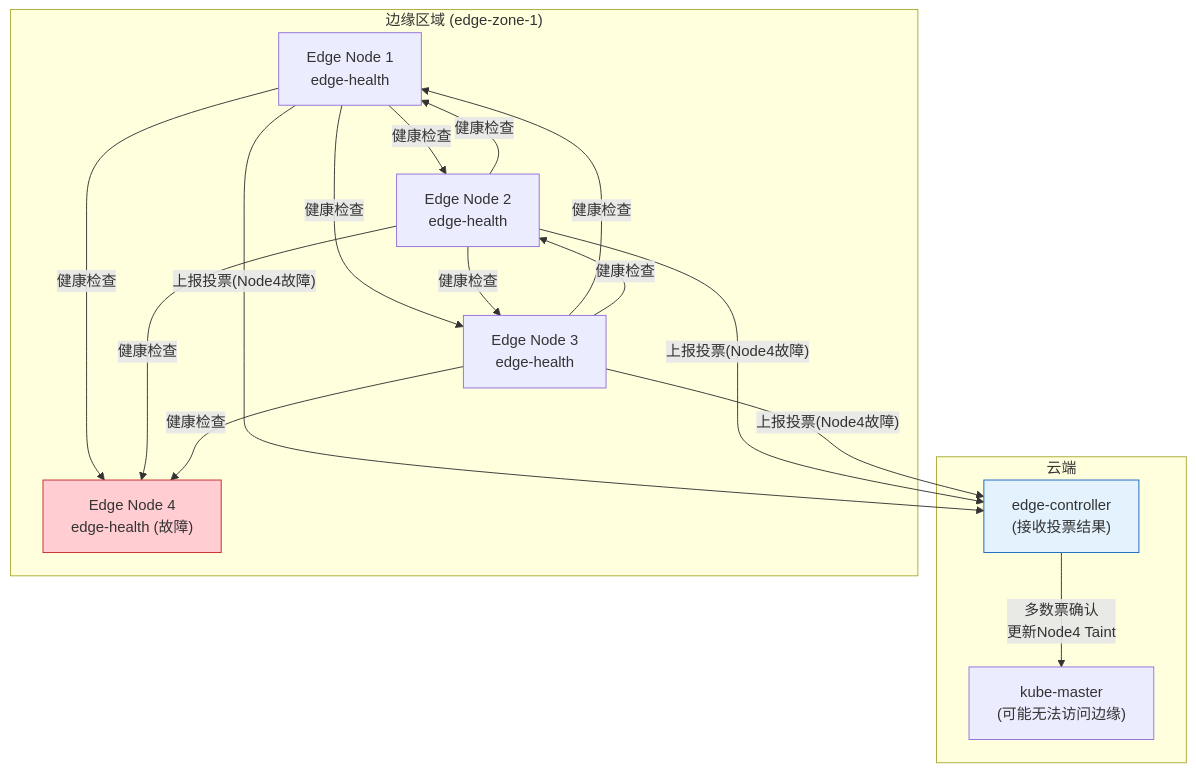
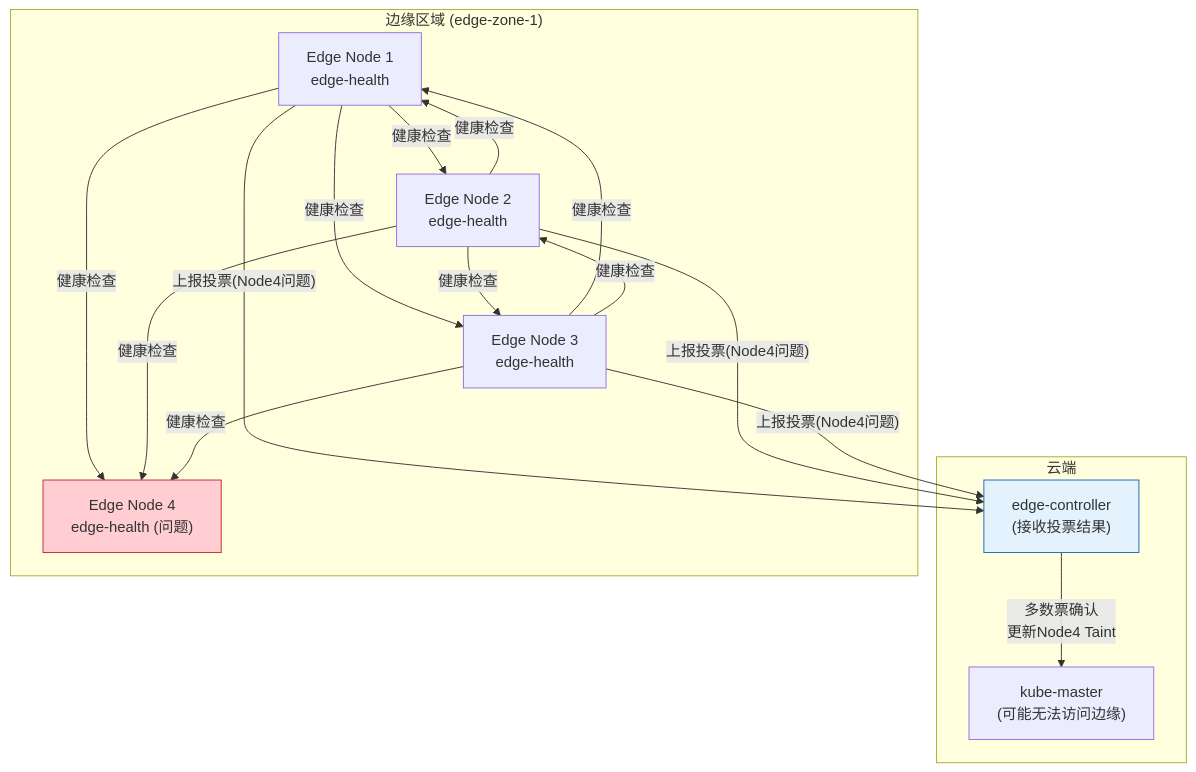
One commit to kudig-io/kudig-database changed the sixth of 17 diagrams in domain-15-specialized-tech/01-edge-computing/06-superedge-architecture.md. Above: the diagram before and after it, drawn with Mermaid. The commit also changed 1236 other files, not shown here.

````diff
--- a/domain-15-specialized-tech/01-edge-computing/06-superedge-architecture.md
+++ b/domain-15-specialized-tech/01-edge-computing/06-superedge-architecture.md
@@ -507,33 +507,33 @@
 ```mermaid
 graph TB
     subgraph CloudSide["云端"]
         Master["kube-master\n(可能无法访问边缘)"]
         EC["edge-controller\n(接收投票结果)"]
     end
 
     subgraph EdgeZone["边缘区域 (edge-zone-1)"]
         Node1["Edge Node 1\nedge-health"]
         Node2["Edge Node 2\nedge-health"]
         Node3["Edge Node 3\nedge-health"]
-        Node4["Edge Node 4\nedge-health (故障)"]
+        Node4["Edge Node 4\nedge-health (问题)"]
     end
 
     Node1 -->|"健康检查"| Node2
     Node1 -->|"健康检查"| Node3
     Node1 -->|"健康检查"| Node4
     Node2 -->|"健康检查"| Node1
     Node2 -->|"健康检查"| Node3
     Node2 -->|"健康检查"| Node4
     Node3 -->|"健康检查"| Node1
     Node3 -->|"健康检查"| Node2
     Node3 -->|"健康检查"| Node4
 
-    Node1 -->|"上报投票(Node4故障)"| EC
-    Node2 -->|"上报投票(Node4故障)"| EC
-    Node3 -->|"上报投票(Node4故障)"| EC
+    Node1 -->|"上报投票(Node4问题)"| EC
+    Node2 -->|"上报投票(Node4问题)"| EC
+    Node3 -->|"上报投票(Node4问题)"| EC
 
     EC -->|"多数票确认\n更新Node4 Taint"| Master
 
     style Node4 fill:#ffcdd2,stroke:#c62828
     style EC fill:#e3f2fd,stroke:#1565c0
 ```
````
